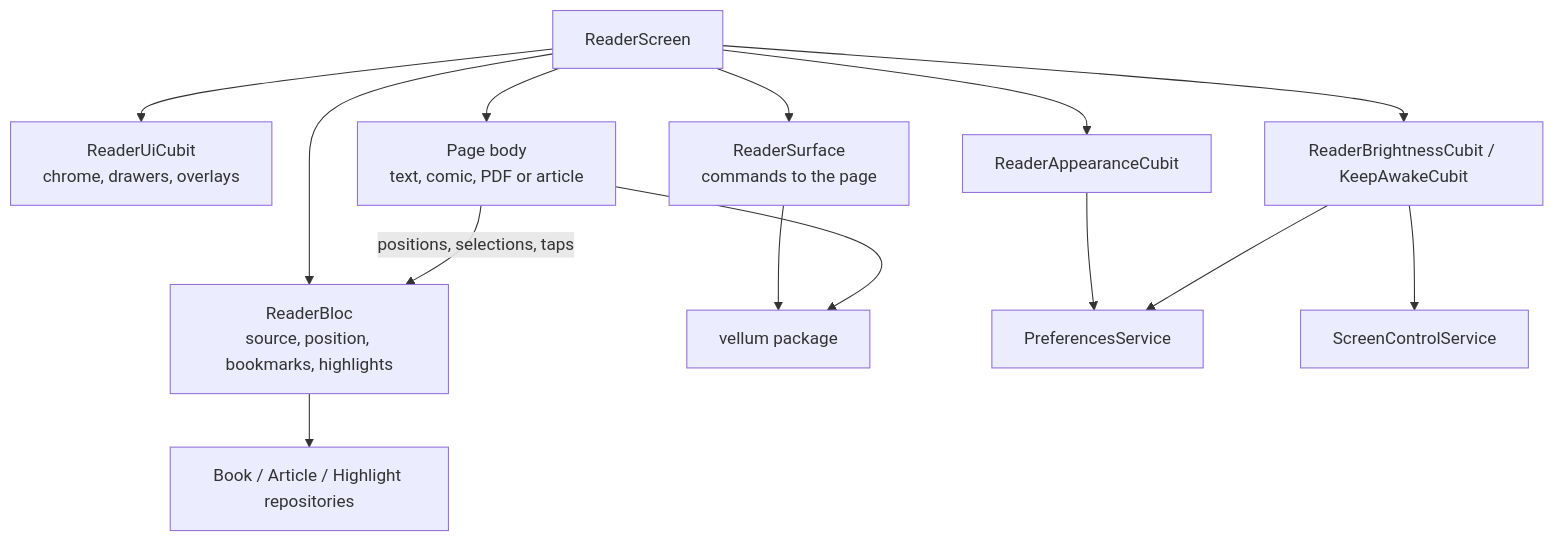
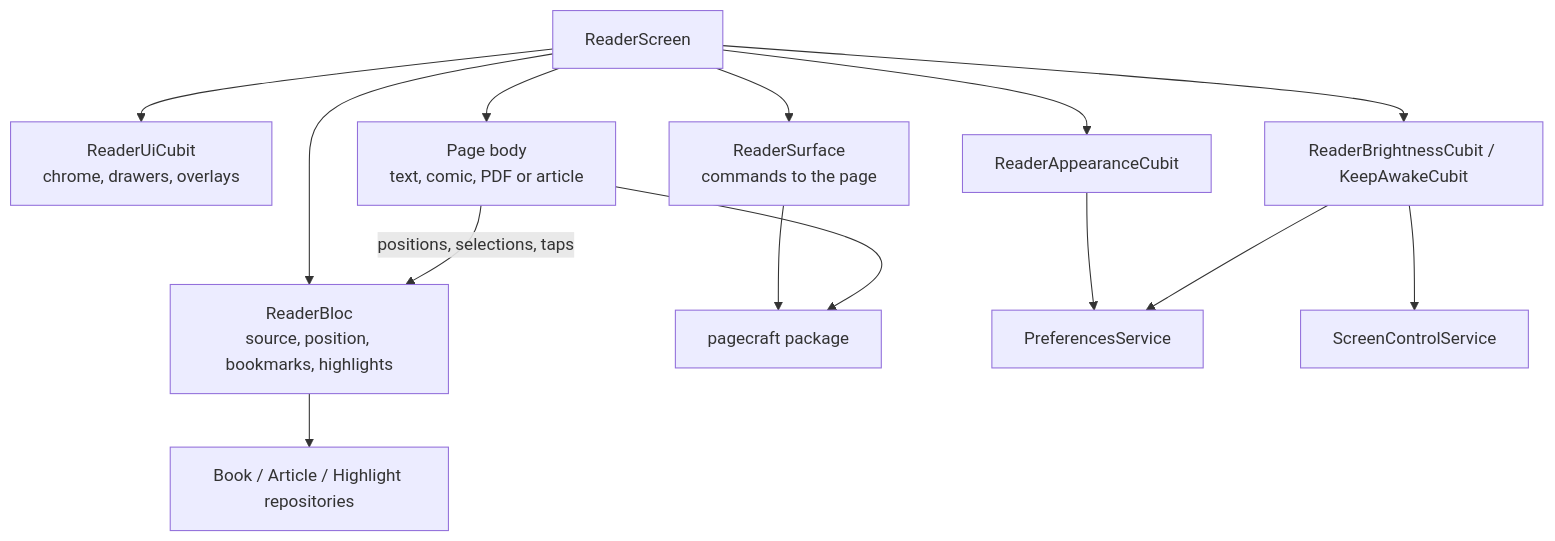
One commit to abra/readflex changed the fifth of 8 diagrams in C4_MODEL.md. Above: the diagram before and after it, drawn with Mermaid. The commit also changed other lines of this file and 673 other files, not shown here.

First line of the commit message:
Rename Vellum to Pagecraft and migrate tooling to Dart

````diff
--- a/C4_MODEL.md
+++ b/C4_MODEL.md
@@ -162,28 +162,28 @@
 ```mermaid
 flowchart TB
   readerScreen["ReaderScreen"]
   readerBloc["ReaderBloc\nsource, position, bookmarks, highlights"]
   uiCubit["ReaderUiCubit\nchrome, drawers, overlays"]
   appearance["ReaderAppearanceCubit"]
   brightness["ReaderBrightnessCubit / KeepAwakeCubit"]
   pageBody["Page body\ntext, comic, PDF or article"]
   surface["ReaderSurface\ncommands to the page"]
-  vellum["vellum package"]
+  pagecraft["pagecraft package"]
   repos["Book / Article / Highlight repositories"]
   prefs["PreferencesService"]
   screenControl["ScreenControlService"]
 
   readerScreen --> readerBloc
   readerScreen --> uiCubit
   readerScreen --> appearance
   readerScreen --> brightness
   readerScreen --> pageBody
   readerScreen --> surface
-  surface --> vellum
-  pageBody --> vellum
+  surface --> pagecraft
+  pageBody --> pagecraft
   pageBody -->|"positions, selections, taps"| readerBloc
   readerBloc --> repos
   appearance --> prefs
   brightness --> prefs
   brightness --> screenControl
 ```
````
